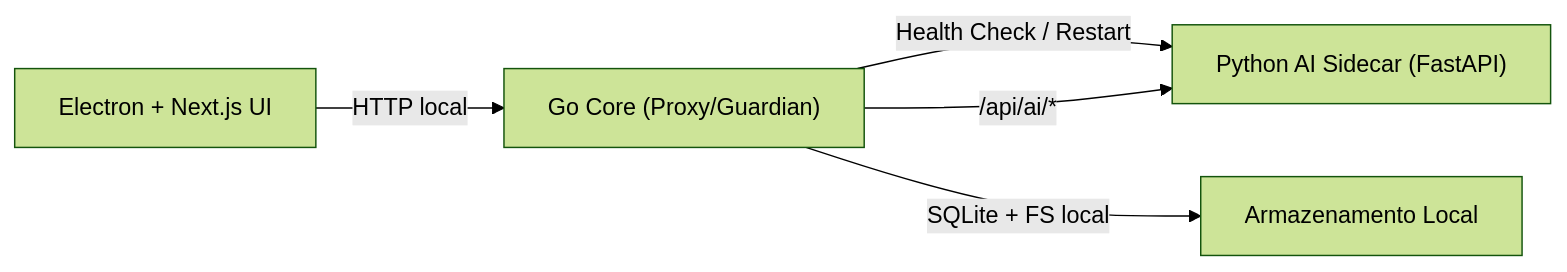
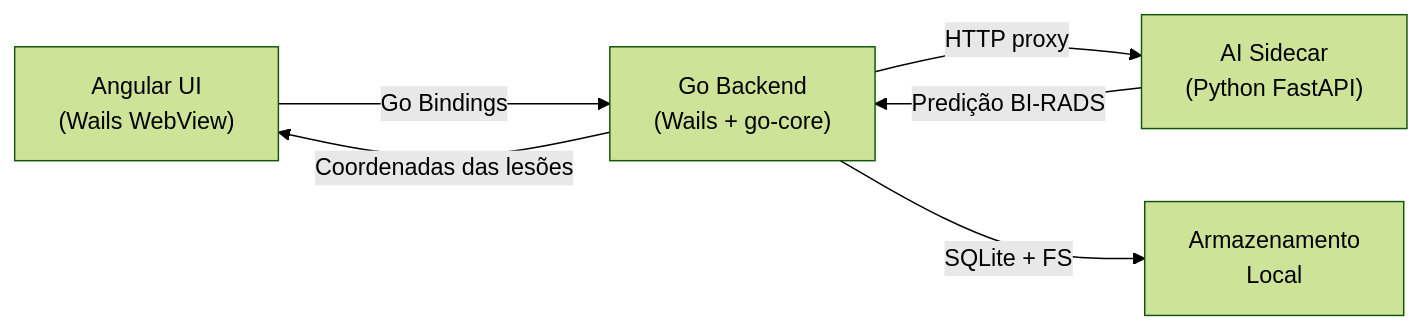
The diagram in README.md (Cieliocas/mamografia-bi-rads-ia), drawn with Mermaid (forest theme) before and after one commit. The commit also changed other lines of this file and 51 other files, not shown here.

First line of the commit message:
feat(desktop): migração completa para Wails + Angular 18

````diff
--- a/README.md
+++ b/README.md
@@ -59,7 +42,8 @@
 ```mermaid
 flowchart LR
-  UI["Electron + Next.js UI"] -->|HTTP local| GO["Go Core (Proxy/Guardian)"]
-  GO -->|Health Check / Restart| PY["Python AI Sidecar (FastAPI)"]
-  GO -->|SQLite + FS local| LOCAL["Armazenamento Local"]
-  GO -->|/api/ai/*| PY
+  UI["Angular UI\n(Wails WebView)"] -->|Go Bindings| GO["Go Backend\n(Wails + go-core)"]
+  GO -->|HTTP proxy| PY["AI Sidecar\n(Python FastAPI)"]
+  GO -->|SQLite + FS| LOCAL["Armazenamento\nLocal"]
+  PY -->|Predição BI-RADS| GO
+  GO -->|Coordenadas das lesões| UI
 ```
````
